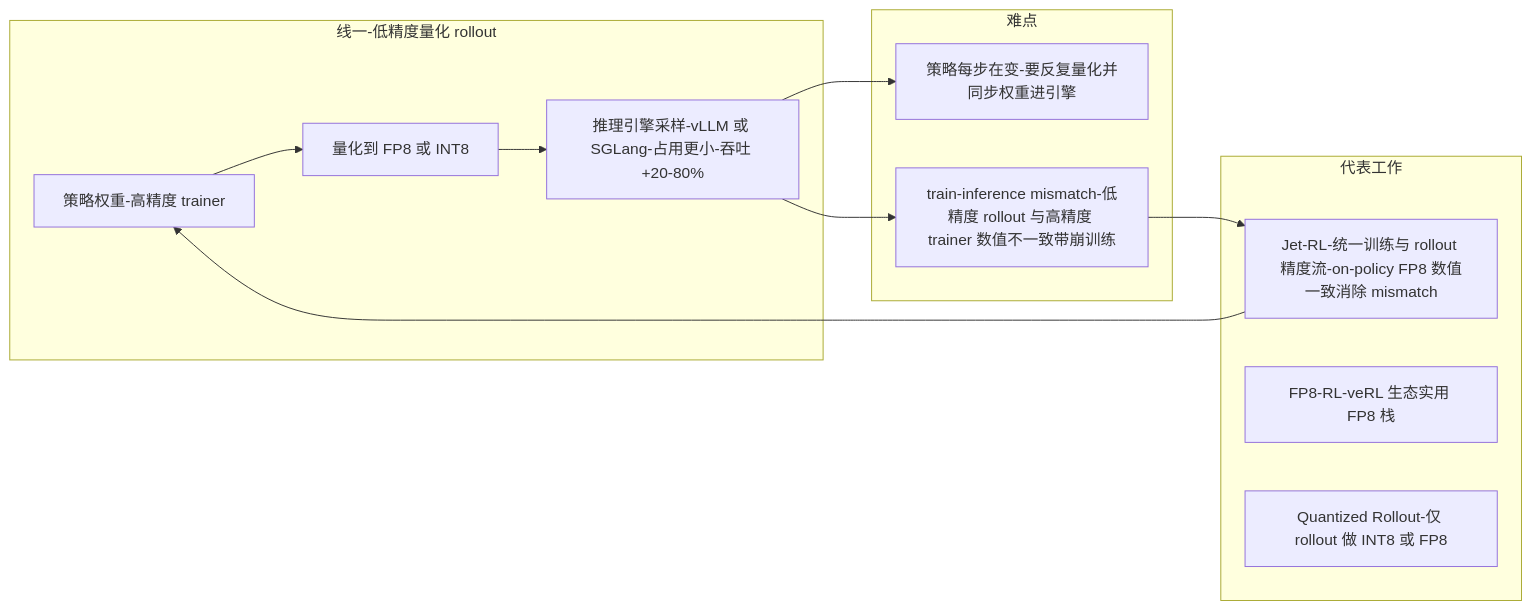
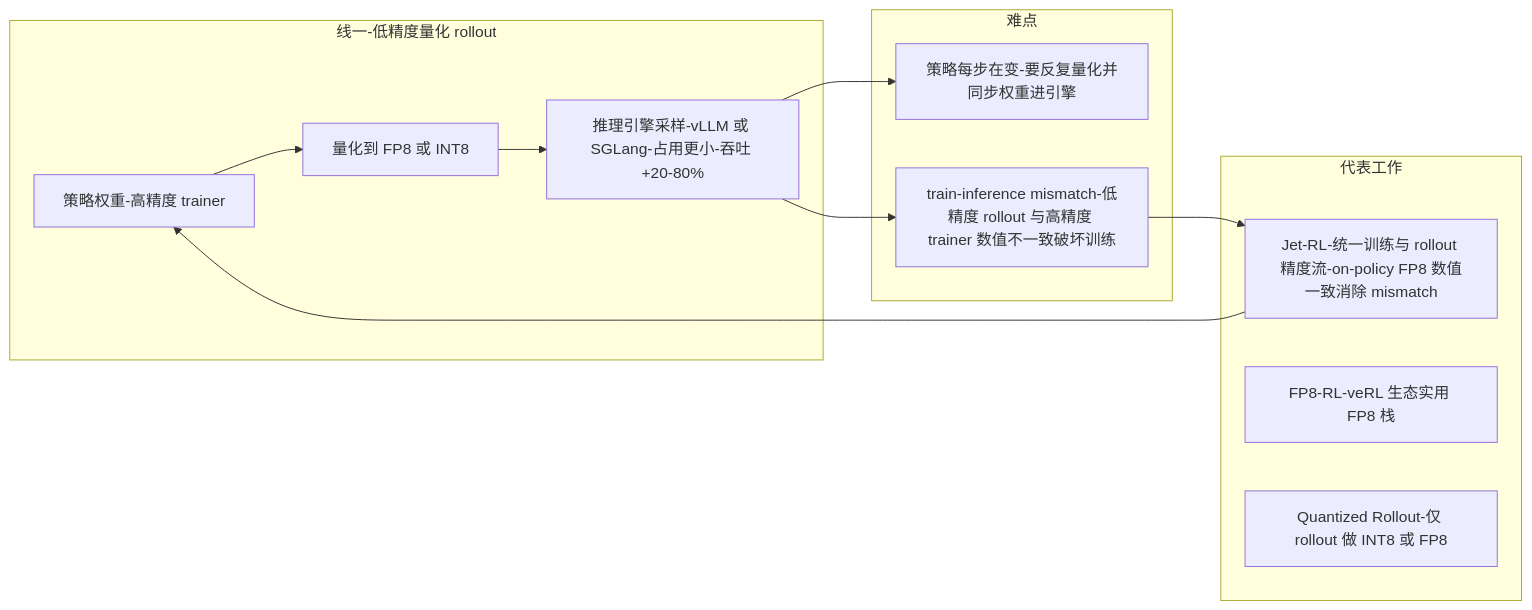
One commit to lloo099/mission44 changed the second of 4 diagrams in docs/blog/dispatch-02-rollout-bottleneck.md. Above: the diagram before and after it, drawn with Mermaid. The commit also changed other lines of this file and 22 other files, not shown here.

````diff
--- a/docs/blog/dispatch-02-rollout-bottleneck.md
+++ b/docs/blog/dispatch-02-rollout-bottleneck.md
@@ -57,23 +57,23 @@
 ```mermaid
 flowchart LR
     subgraph LINE1 ["线一-低精度量化 rollout"]
         W["策略权重-高精度 trainer"]
         Q["量化到 FP8 或 INT8"]
         ENG["推理引擎采样-vLLM 或 SGLang-占用更小-吞吐 +20-80%"]
         W --> Q
         Q --> ENG
     end
     subgraph HARD ["难点"]
         H1["策略每步在变-要反复量化并同步权重进引擎"]
-        H2["train-inference mismatch-低精度 rollout 与高精度 trainer 数值不一致带崩训练"]
+        H2["train-inference mismatch-低精度 rollout 与高精度 trainer 数值不一致破坏训练"]
     end
     subgraph FIX ["代表工作"]
         JET["Jet-RL-统一训练与 rollout 精度流-on-policy FP8 数值一致消除 mismatch"]
         FP8RL["FP8-RL-veRL 生态实用 FP8 栈"]
         QR["Quantized Rollout-仅 rollout 做 INT8 或 FP8"]
     end
     ENG --> H1
     ENG --> H2
     H2 --> JET
     JET --> W
 ```
````
